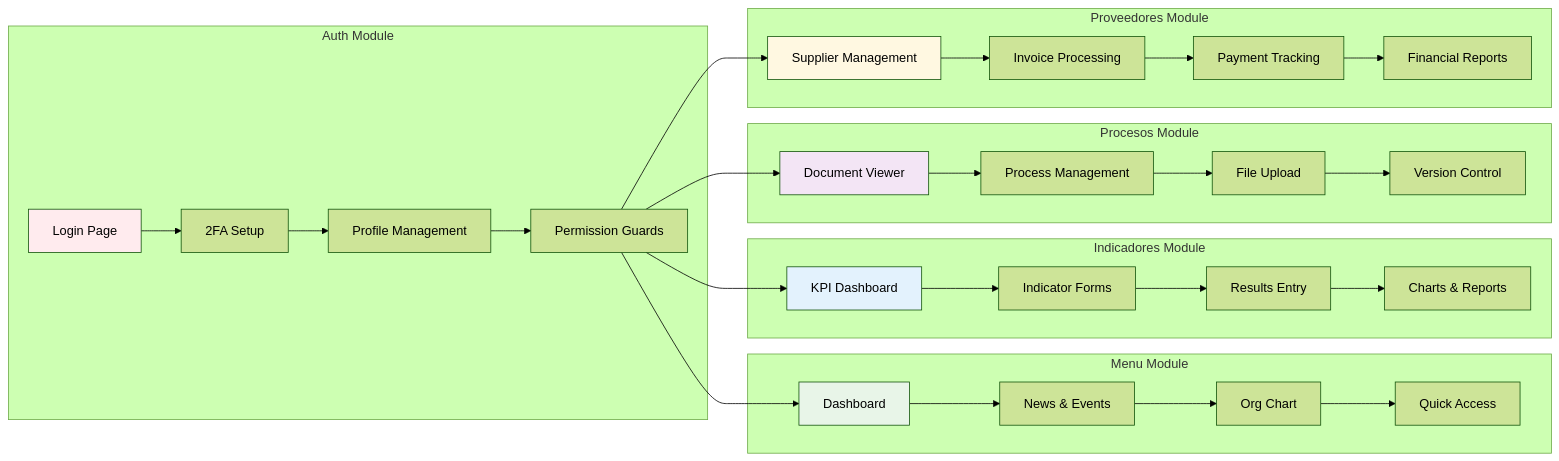
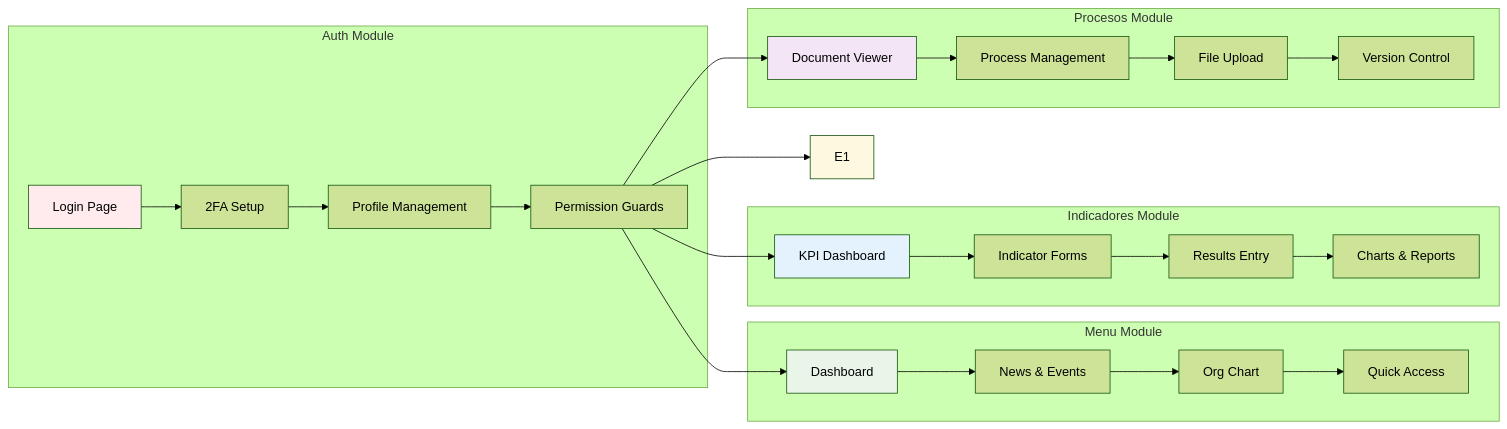
One commit to Edisonnarvaez/portal_web_frontend changed the third of 19 diagrams in architecture.md. Above: the diagram before and after it, drawn with Mermaid (forest theme). The commit also changed other lines of this file, not shown here.

First line of the commit message:
Remove Proveedores Module and Service from architectureajuste de arquitectura

````diff
--- a/architecture.md
+++ b/architecture.md
@@ -149,43 +148,38 @@
 ```mermaid
 graph LR
     subgraph "Auth Module"
         A1[Login Page] --> A2[2FA Setup]
         A2 --> A3[Profile Management]
         A3 --> A4[Permission Guards]
     end
     
     subgraph "Menu Module"
         B1[Dashboard] --> B2[News & Events]
         B2 --> B3[Org Chart]
         B3 --> B4[Quick Access]
     end
     
     subgraph "Indicadores Module"
         C1[KPI Dashboard] --> C2[Indicator Forms]
         C2 --> C3[Results Entry]
         C3 --> C4[Charts & Reports]
     end
     
     subgraph "Procesos Module"
         D1[Document Viewer] --> D2[Process Management]
         D2 --> D3[File Upload]
         D3 --> D4[Version Control]
     end
     
-    subgraph "Proveedores Module"
-        E1[Supplier Management] --> E2[Invoice Processing]
-        E2 --> E3[Payment Tracking]
-        E3 --> E4[Financial Reports]
-    end
     
     A4 --> B1
     A4 --> C1
     A4 --> D1
     A4 --> E1
     
     style A1 fill:#ffebee
     style B1 fill:#e8f5e8
     style C1 fill:#e3f2fd
     style D1 fill:#f3e5f5
     style E1 fill:#fff8e1
 ```
````
